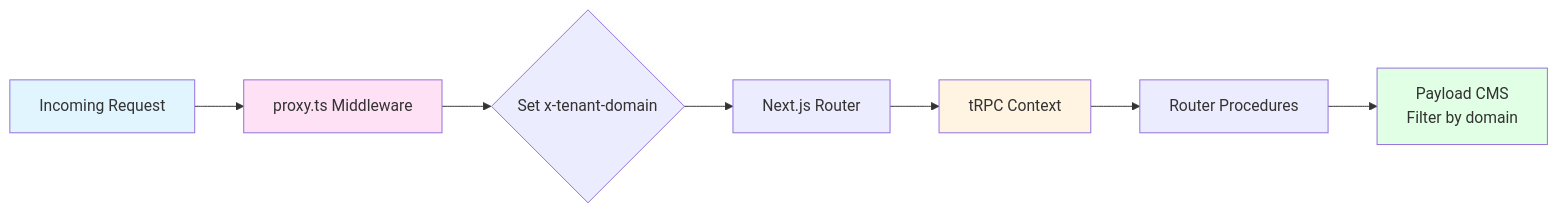
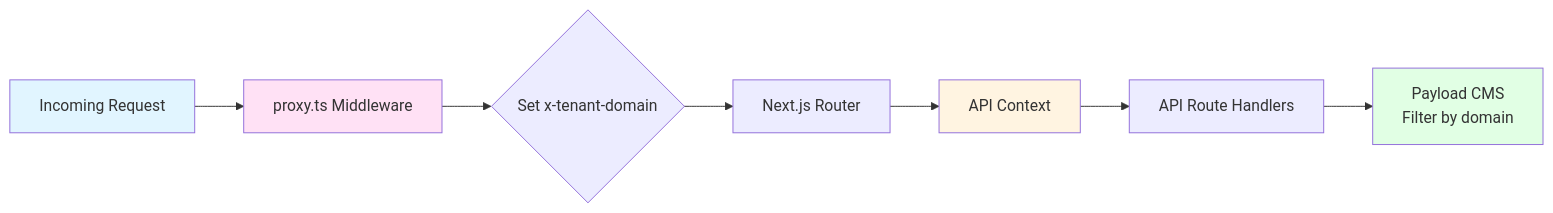
The ninth of 11 diagrams in web/docs/ARCHITECTURE.md (ossaidqadri/otherdev.web-02), drawn with Mermaid before and after one commit. The commit also changed other lines of this file and 2 other files, not shown here.

First line of the commit message:
docs: remove tRPC references, migrate to Next.js API Routes

````diff
--- a/web/docs/ARCHITECTURE.md
+++ b/web/docs/ARCHITECTURE.md
@@ -450,15 +454,15 @@
 ```mermaid
 graph LR
     Request[Incoming Request] --> Proxy[proxy.ts Middleware]
     Proxy --> Header{Set x-tenant-domain}
     Header --> NextJS[Next.js Router]
-    NextJS --> Context[tRPC Context]
-    Context --> Router[Router Procedures]
+    NextJS --> Context[API Context]
+    Context --> Handler[API Route Handlers]
 
-    Router --> CMS[Payload CMS<br/>Filter by domain]
+    Handler --> CMS[Payload CMS<br/>Filter by domain]
 
     style Request fill:#e1f5ff
     style Proxy fill:#ffe1f5
     style Context fill:#fff4e1
     style CMS fill:#e1ffe4
 ```
````
